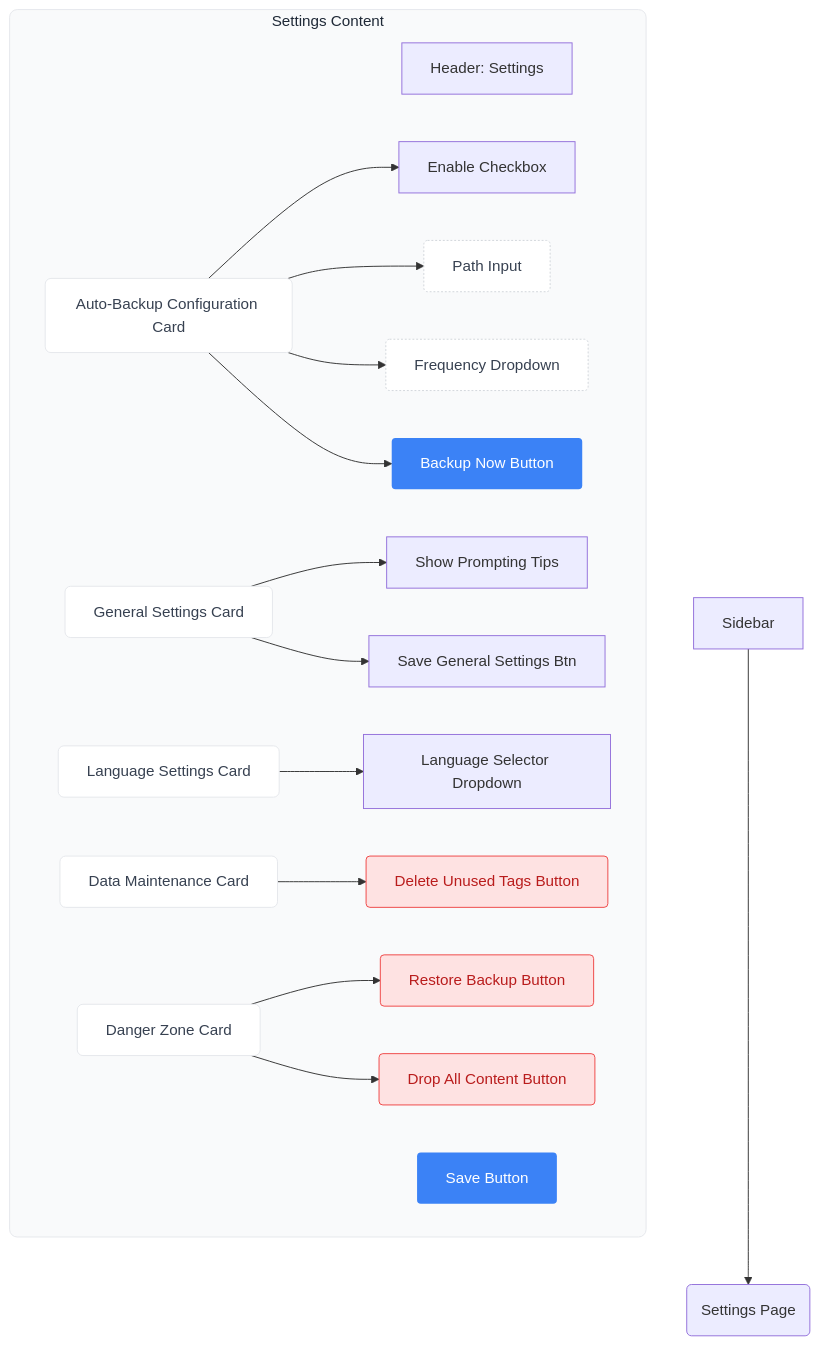
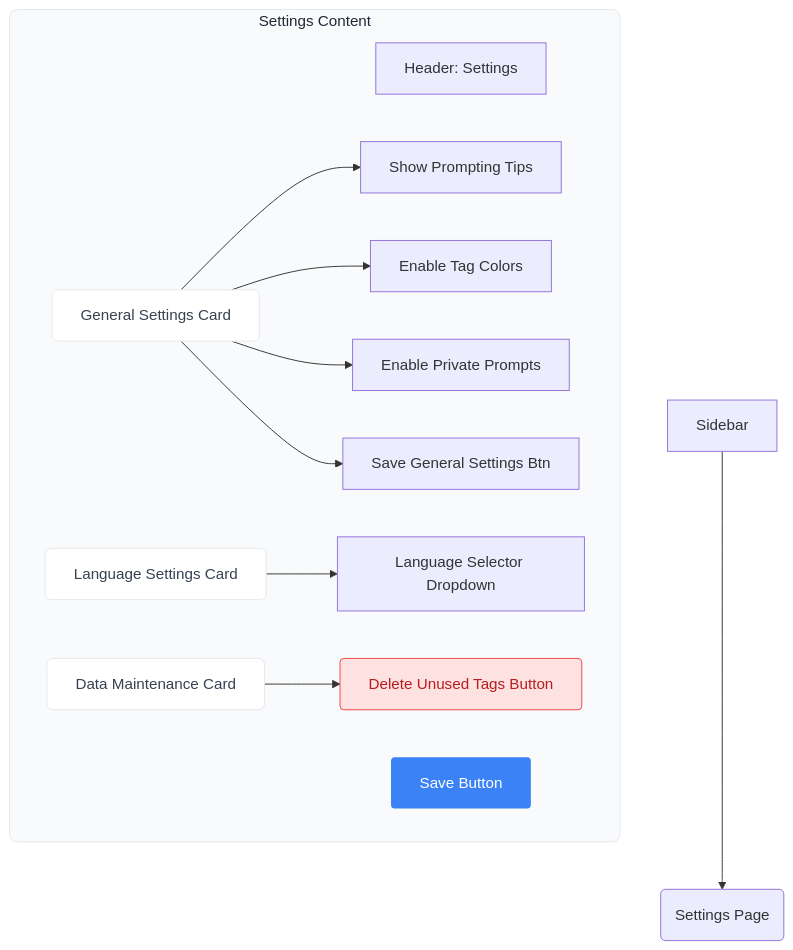
The diagram in docs/wireframes/settings_wireframe.mmd (jovd83/prompthive), drawn with Mermaid before and after one commit. The commit also changed 246 other files, not shown here.

```diff
--- a/docs/wireframes/settings_wireframe.mmd
+++ b/docs/wireframes/settings_wireframe.mmd
@@ -1,41 +1,37 @@
 graph TD
     A[Sidebar] --> B(Settings Page)
     
     subgraph Settings [Settings Content]
     S1[Header: Settings]
     
-    S2[Auto-Backup Configuration Card]
-    S2 --> S2a[Enable Checkbox]
-    S2 --> S2b[Path Input]
-    S2 --> S2c[Frequency Dropdown]
-    S2 --> S2d[Backup Now Button]
+    S1[Header: Settings]
 
     S_GEN[General Settings Card]
     S_GEN --> S_GEN_a[Show Prompting Tips]
+    S_GEN --> S_GEN_b[Enable Tag Colors]
+    S_GEN --> S_GEN_c[Enable Private Prompts]
     S_GEN --> S_GEN_s[Save General Settings Btn]
 
     S_LANG[Language Settings Card]
     S_LANG --> S_LANG_a[Language Selector Dropdown]
     
     S3[Data Maintenance Card]
     S3 --> S3a[Delete Unused Tags Button]
     
-    S4[Danger Zone Card]
-    S4 --> S4a[Restore Backup Button]
-    S4 --> S4b[Drop All Content Button]
+    S5[Save Button]
     
     S5[Save Button]
     end
 
     %% Premium Styling
     classDef container fill:#f9fafb,stroke:#e5e7eb,color:#1f2937,rx:8,ry:8,stroke-width:1px;
     classDef card fill:#ffffff,stroke:#e5e7eb,color:#374151,rx:6,ry:6,stroke-width:1px;
     classDef button fill:#3b82f6,stroke:#2563eb,color:#ffffff,rx:4,ry:4,stroke-width:0px;
     classDef danger fill:#fee2e2,stroke:#ef4444,color:#b91c1c,rx:4,ry:4;
     classDef input fill:#ffffff,stroke:#d1d5db,color:#374151,rx:4,ry:4,stroke-dasharray: 2 2;
 
     class Settings container;
     class S2,S3,S4,S_GEN,S_LANG card;
     class S2d,S5 button;
-    class S3a,S4a,S4b danger;
+    class S3a danger;
     class S2b,S2c input;
```
